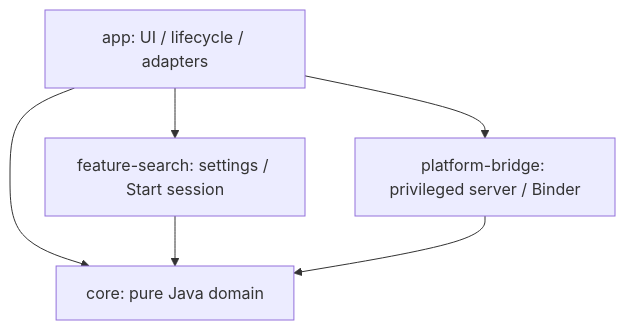
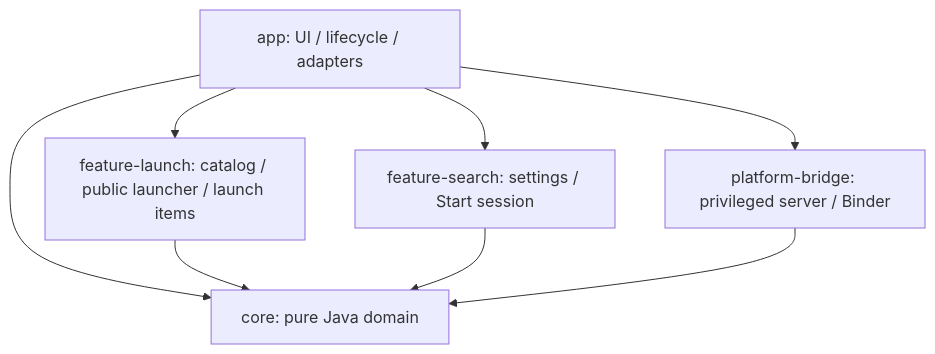
Before and after one commit to ne64gi/stellashell: the diagram in docs/MODULES.md, drawn with Mermaid. The commit also changed other lines of this file and 22 other files, not shown here.

Commit message:
refactor: split launch catalog, storage and execution owners

````diff
--- a/docs/MODULES.md
+++ b/docs/MODULES.md
@@ -5,8 +5,10 @@
 ```mermaid
 graph TD
     APP[app: UI / lifecycle / adapters] --> CORE[core: pure Java domain]
     APP --> SEARCH[feature-search: settings / Start session]
+    APP --> LAUNCH[feature-launch: catalog / public launcher / launch items]
+    LAUNCH --> CORE
     APP --> BRIDGE[platform-bridge: privileged server / Binder]
     SEARCH --> CORE
     BRIDGE --> CORE
 ```
````
